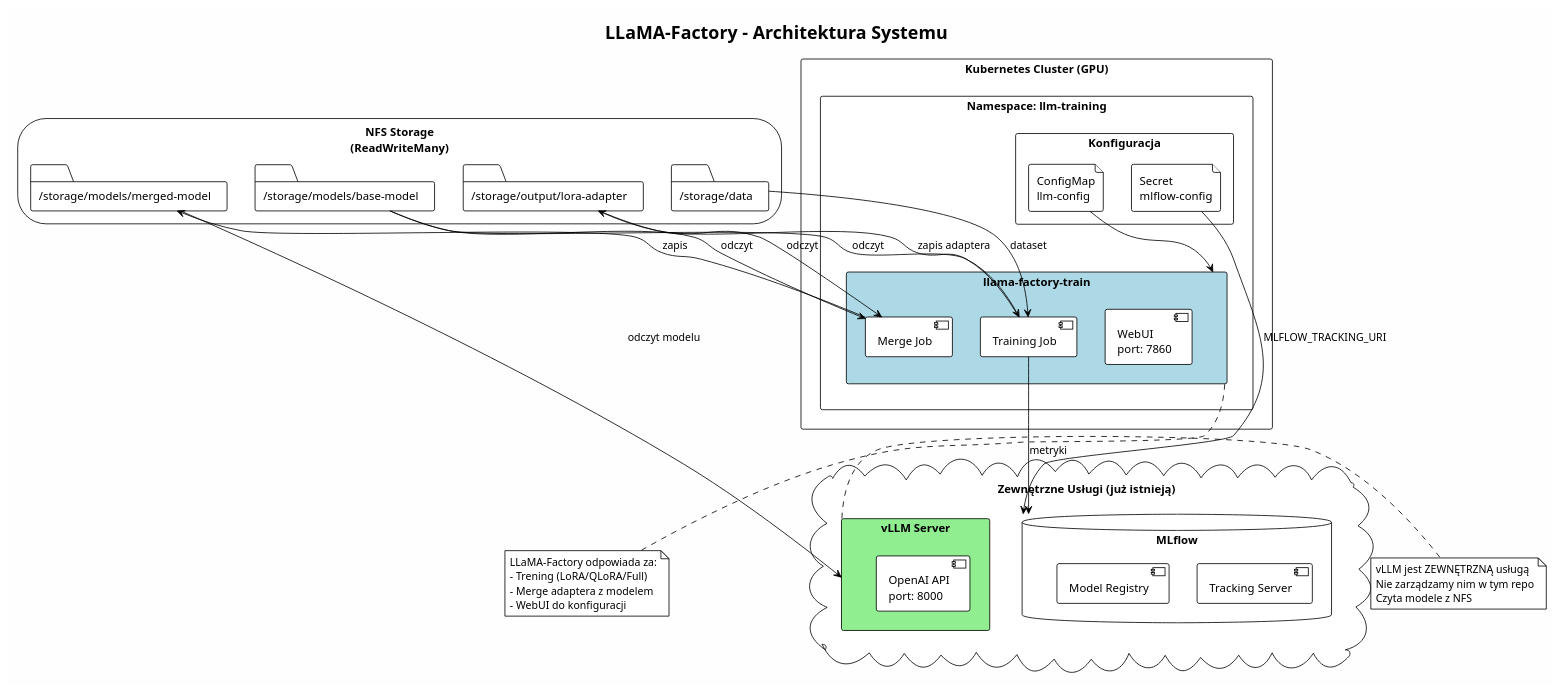
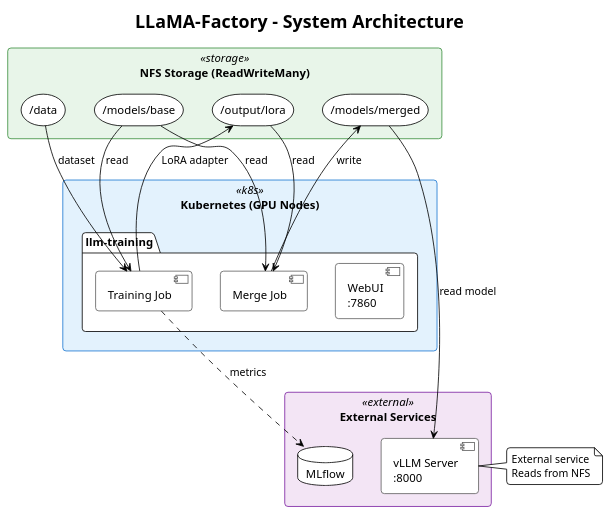
One commit to Maciek-roboblog/t changed the diagram in new/infra-simple/docs/diagrams/architecture.puml. Above: the diagram before and after it, drawn with PlantUML. The commit also changed 29 other files, not shown here.

```diff
--- a/new/infra-simple/docs/diagrams/architecture.puml
+++ b/new/infra-simple/docs/diagrams/architecture.puml
@@ -1,78 +1,63 @@
 @startuml architecture
 !theme plain
-skinparam backgroundColor #FEFEFE
+skinparam backgroundColor white
+skinparam defaultFontName Helvetica
+skinparam roundCorner 8
+skinparam shadowing false
 
-title LLaMA-Factory - Architektura Systemu
+skinparam rectangle {
+    BackgroundColor<<external>> #F3E5F5
+    BorderColor<<external>> #7B1FA2
+    BackgroundColor<<k8s>> #E3F2FD
+    BorderColor<<k8s>> #1976D2
+    BackgroundColor<<storage>> #E8F5E9
+    BorderColor<<storage>> #388E3C
+}
 
-' Zewnętrzne usługi
-cloud "Zewnętrzne Usługi (już istnieją)" as external {
-    database "MLflow" as mlflow {
-        [Tracking Server]
-        [Model Registry]
-    }
-    rectangle "vLLM Server" as vllm_ext #LightGreen {
-        [OpenAI API\nport: 8000]
+skinparam component {
+    BackgroundColor #FFFFFF
+    BorderColor #616161
+}
+
+title LLaMA-Factory - System Architecture
+
+rectangle "External Services" <<external>> {
+    database "MLflow" as mlflow
+    component "vLLM Server\n:8000" as vllm
+}
+
+rectangle "NFS Storage (ReadWriteMany)" <<storage>> {
+    storage "/models/base" as base
+    storage "/models/merged" as merged
+    storage "/output/lora" as lora
+    storage "/data" as data
+}
+
+rectangle "Kubernetes (GPU Nodes)" <<k8s>> {
+    package "llm-training" {
+        component "WebUI\n:7860" as webui
+        component "Training Job" as train
+        component "Merge Job" as merge
     }
 }
 
-' Storage
-storage "NFS Storage\n(ReadWriteMany)" as nfs {
-    folder "/storage/models/base-model" as base_model
-    folder "/storage/models/merged-model" as merged_model
-    folder "/storage/output/lora-adapter" as lora
-    folder "/storage/data" as data
-}
+' Training flow
+base --> train : read
+data --> train : dataset
+train --> lora : LoRA adapter
+train ..> mlflow : metrics
 
-' Kubernetes Cluster
-rectangle "Kubernetes Cluster (GPU)" {
+' Merge flow
+base --> merge : read
+lora --> merge : read
+merge --> merged : write
 
-    ' Namespace
-    rectangle "Namespace: llm-training" {
+' Inference
+merged --> vllm : read model
 
-        ' ConfigMap i Secret
-        rectangle "Konfiguracja" {
-            file "ConfigMap\nllm-config" as config
-            file "Secret\nmlflow-config" as secret
-        }
-
-        ' Training service
-        rectangle "llama-factory-train" as train_svc #LightBlue {
-            [WebUI\nport: 7860] as webui
-            [Training Job] as train_job
-            [Merge Job] as merge_job
-        }
-    }
-}
-
-' Relacje - Config
-secret --> mlflow : MLFLOW_TRACKING_URI
-config --> train_svc
-
-' Relacje - Training
-base_model --> train_job : odczyt
-data --> train_job : dataset
-train_job --> lora : zapis adaptera
-train_job --> mlflow : metryki
-
-' Relacje - Merge
-base_model --> merge_job : odczyt
-lora --> merge_job : odczyt
-merge_job --> merged_model : zapis
-
-' Relacje - Inference (zewnętrzny vLLM)
-merged_model --> vllm_ext : odczyt modelu
-
-note right of vllm_ext
-  vLLM jest ZEWNĘTRZNĄ usługą
-  Nie zarządzamy nim w tym repo
-  Czyta modele z NFS
-end note
-
-note bottom of train_svc
-  LLaMA-Factory odpowiada za:
-  - Trening (LoRA/QLoRA/Full)
-  - Merge adaptera z modelem
-  - WebUI do konfiguracji
+note right of vllm
+  External service
+  Reads from NFS
 end note
 
 @enduml
```
